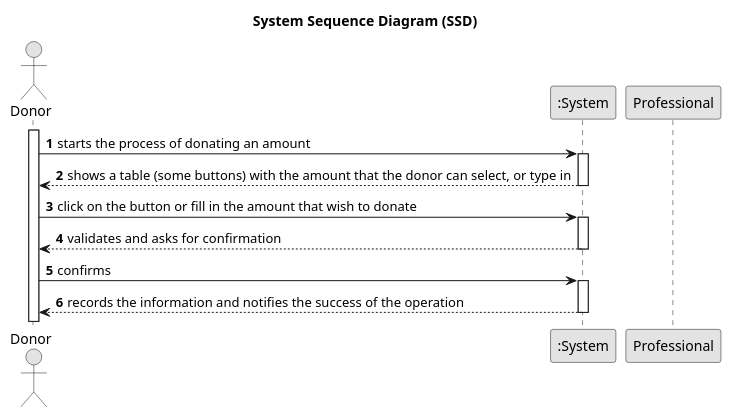
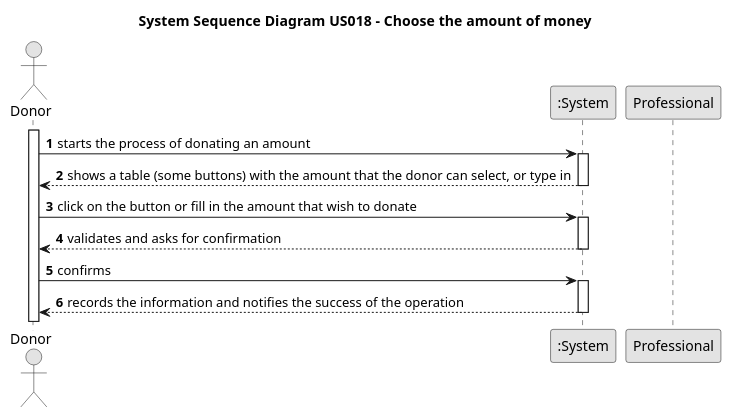
The diagram in javaSprint2GladlyGiven/Docs/UseCases/uc018/us018-SSD.puml (tbarracha/Upskill-Sprint-2-Gladly-Given), drawn with PlantUML before and after one commit.

```diff
--- a/javaSprint2GladlyGiven/Docs/UseCases/uc018/us018-SSD.puml
+++ b/javaSprint2GladlyGiven/Docs/UseCases/uc018/us018-SSD.puml
@@ -1,30 +1,30 @@
 @startuml
 skinparam monochrome true
 skinparam packageStyle rectangle
 skinparam shadowing false
 
-title System Sequence Diagram (SSD)
+title System Sequence Diagram  US018 - Choose the amount of money
 
 autonumber
 
 actor Donor
 participant ":System" as System
 
 activate Donor
     Donor -> System : starts the process of donating an amount
     activate System
         System --> Donor : shows a table (some buttons) with the amount that the donor can select, or type in
     deactivate System
 
     Donor -> System : click on the button or fill in the amount that wish to donate
     activate System
         System --> Donor : validates and asks for confirmation
     deactivate System
 
     Donor -> System : confirms
     activate System
         System --> Donor : records the information and notifies the success of the operation
     deactivate System
 deactivate Professional
 
 @enduml
```
